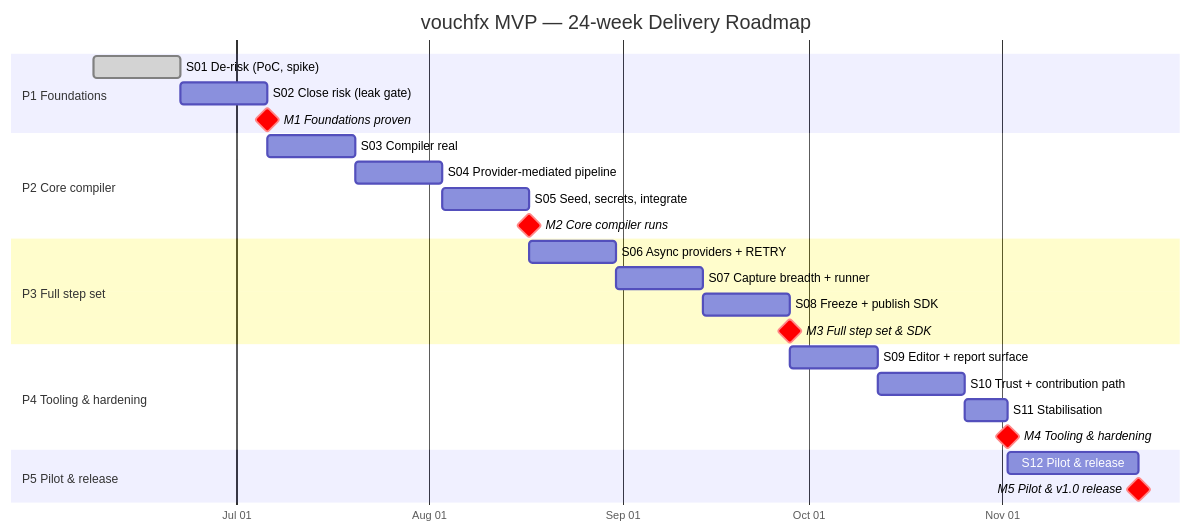
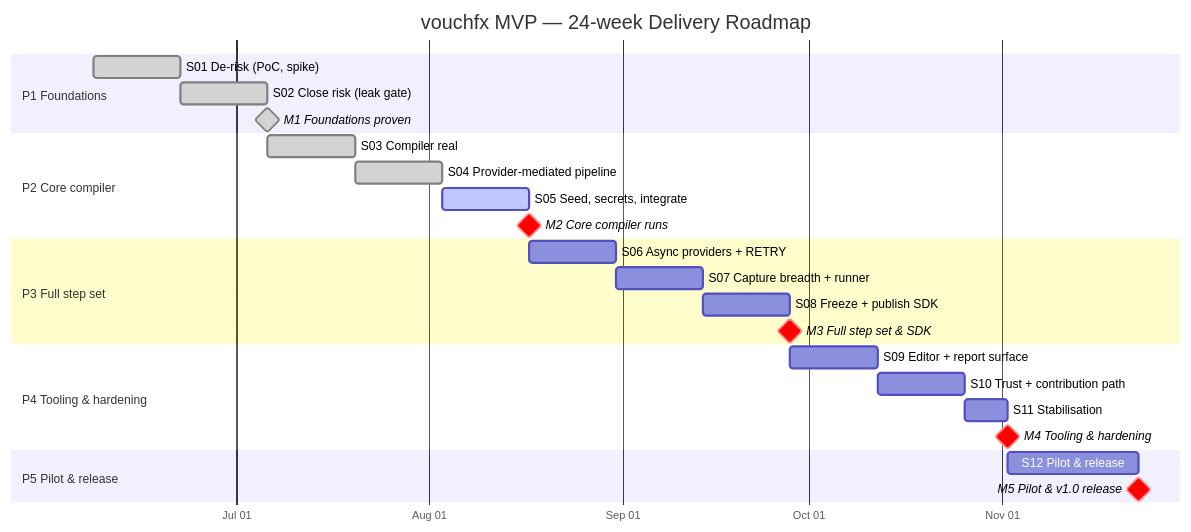
Before and after one commit to tomas-rampas/vouchfx: the diagram in plan/roadmap.md, drawn with Mermaid. The commit also changed other lines of this file and 3 other files, not shown here.

First line of the commit message:
docs(plan): Sprint 4 wrap-up — mark S01–S04 merged, M1 reached, refresh gantt

````diff
--- a/plan/roadmap.md
+++ b/plan/roadmap.md
@@ -15,34 +19,34 @@
 ```mermaid
 gantt
     title vouchfx MVP — 24-week Delivery Roadmap
     dateFormat YYYY-MM-DD
     axisFormat %b %d
     todayMarker off
 
     section P1 Foundations
     S01 De-risk (PoC, spike)        :done, s01, 2026-06-08, 14d
-    S02 Close risk (leak gate)      :s02, after s01, 14d
-    M1 Foundations proven           :milestone, crit, m1, after s02, 0d
+    S02 Close risk (leak gate)      :done, s02, after s01, 14d
+    M1 Foundations proven           :milestone, done, m1, after s02, 0d
 
     section P2 Core compiler
-    S03 Compiler real               :s03, after s02, 14d
-    S04 Provider-mediated pipeline  :s04, after s03, 14d
-    S05 Seed, secrets, integrate    :s05, after s04, 14d
+    S03 Compiler real               :done, s03, after s02, 14d
+    S04 Provider-mediated pipeline  :done, s04, after s03, 14d
+    S05 Seed, secrets, integrate    :active, s05, after s04, 14d
     M2 Core compiler runs           :milestone, crit, m2, after s05, 0d
 
     section P3 Full step set
     S06 Async providers + RETRY     :s06, after s05, 14d
     S07 Capture breadth + runner    :s07, after s06, 14d
     S08 Freeze + publish SDK        :s08, after s07, 14d
     M3 Full step set & SDK          :milestone, crit, m3, after s08, 0d
 
     section P4 Tooling & hardening
     S09 Editor + report surface     :s09, after s08, 14d
     S10 Trust + contribution path   :s10, after s09, 14d
     S11 Stabilisation               :s11, after s10, 7d
     M4 Tooling & hardening          :milestone, crit, m4, after s11, 0d
 
     section P5 Pilot & release
     S12 Pilot & release             :s12, after s11, 21d
     M5 Pilot & v1.0 release         :milestone, crit, m5, after s12, 0d
 ```
````
